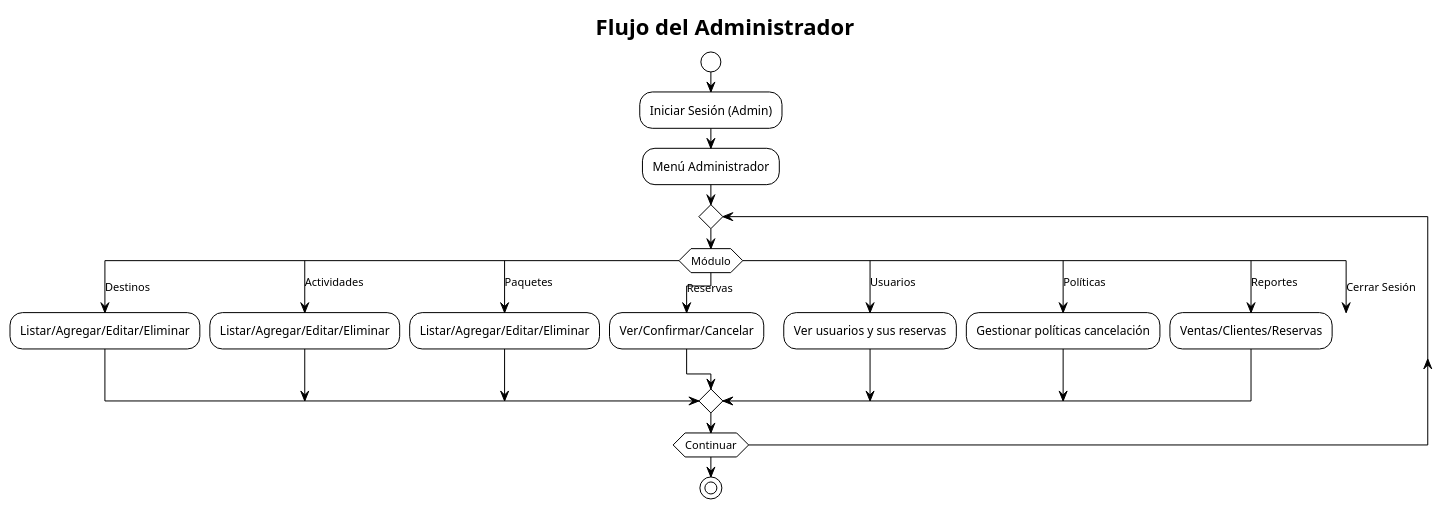
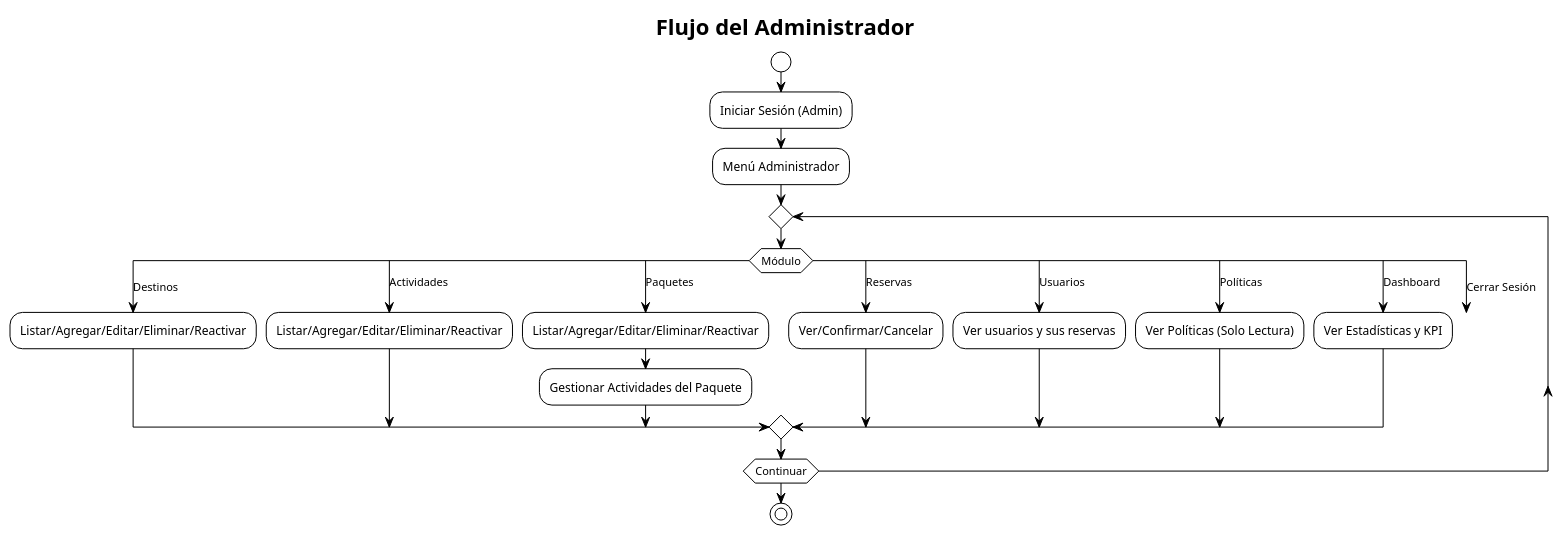
One commit to mjperez/ti3021-viajes-aventura changed the diagram in docs/flujo_admin.puml. Above: the diagram before and after it, drawn with PlantUML. The commit also changed 23 other files, not shown here.

```diff
--- a/docs/flujo_admin.puml
+++ b/docs/flujo_admin.puml
@@ -1,35 +1,36 @@
 @startuml Flujo_Admin_Simple
 !theme plain
 
 title Flujo del Administrador
 
 start
 
 :Iniciar Sesión (Admin);
 
 :Menú Administrador;
 
 repeat
     switch (Módulo)
         case (Destinos)
-            :Listar/Agregar/Editar/Eliminar;
+            :Listar/Agregar/Editar/Eliminar/Reactivar;
         case (Actividades)
-            :Listar/Agregar/Editar/Eliminar;
+            :Listar/Agregar/Editar/Eliminar/Reactivar;
         case (Paquetes)
-            :Listar/Agregar/Editar/Eliminar;
+            :Listar/Agregar/Editar/Eliminar/Reactivar;
+            :Gestionar Actividades del Paquete;
         case (Reservas)
             :Ver/Confirmar/Cancelar;
         case (Usuarios)
             :Ver usuarios y sus reservas;
         case (Políticas)
-            :Gestionar políticas cancelación;
-        case (Reportes)
-            :Ventas/Clientes/Reservas;
+            :Ver Políticas (Solo Lectura);
+        case (Dashboard)
+            :Ver Estadísticas y KPI;
         case (Cerrar Sesión)
             break
     endswitch
 repeat while (Continuar)
 
 stop
 
 @enduml
```
